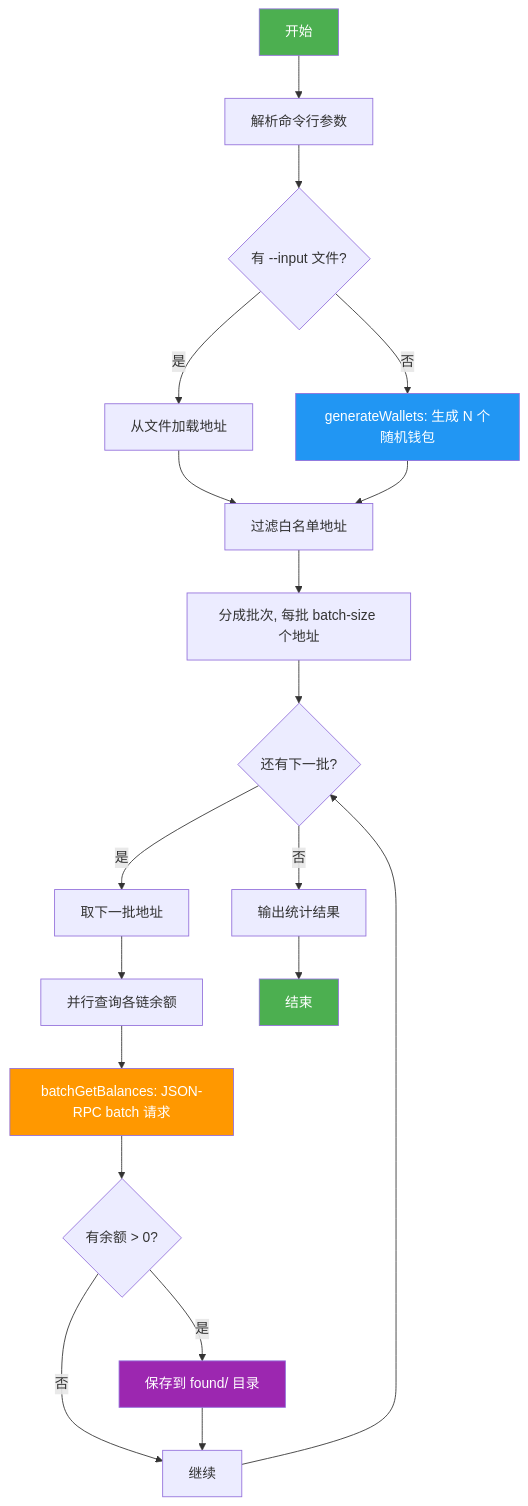
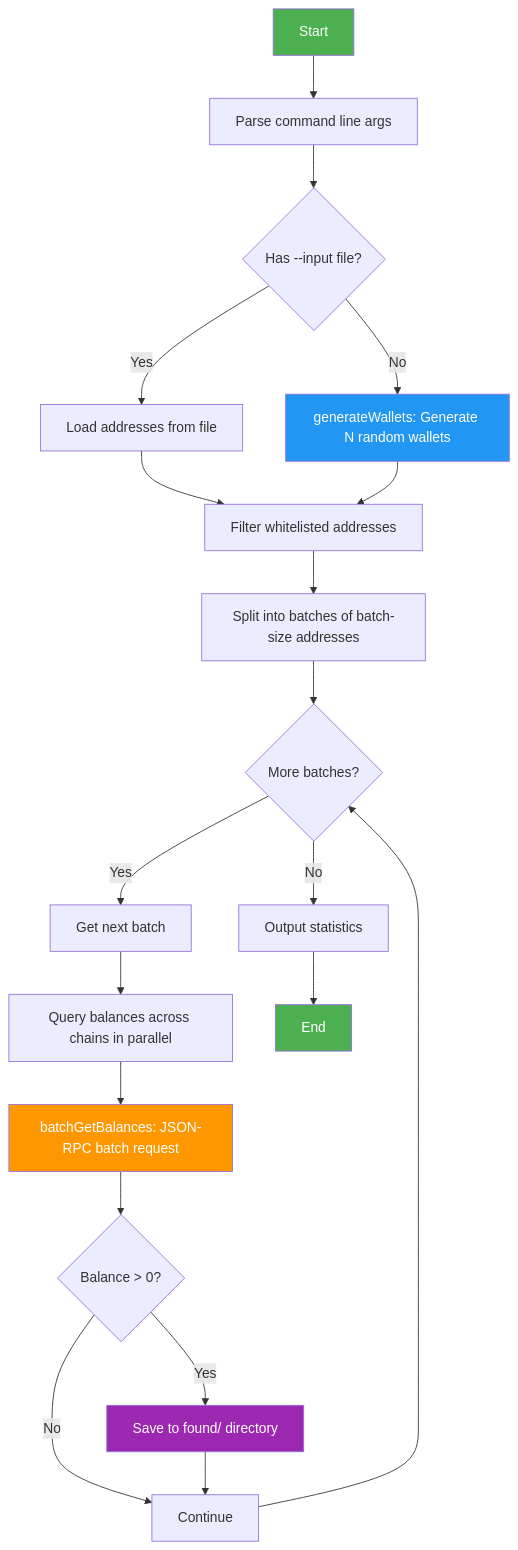
Before and after one commit to omegazhang3/eth-scanner: the diagram in README.md, drawn with Mermaid. The commit also changed other lines of this file and 1 other file, not shown here.

````diff
--- a/README.md
+++ b/README.md
@@ -7,27 +9,27 @@
 ```mermaid
 flowchart TD
-    A[开始] --> B[解析命令行参数]
-    B --> C{有 --input 文件?}
-    C -->|是| D[从文件加载地址]
-    C -->|否| E[generateWallets: 生成 N 个随机钱包]
-    D --> F[过滤白名单地址]
+    A[Start] --> B[Parse command line args]
+    B --> C{Has --input file?}
+    C -->|Yes| D[Load addresses from file]
+    C -->|No| E[generateWallets: Generate N random wallets]
+    D --> F[Filter whitelisted addresses]
     E --> F
-    F --> G[分成批次, 每批 batch-size 个地址]
-    G --> H{还有下一批?}
-    H -->|是| I[取下一批地址]
-    I --> J[并行查询各链余额]
-    J --> K[batchGetBalances: JSON-RPC batch 请求]
-    K --> L{有余额 > 0?}
-    L -->|是| M[保存到 found/ 目录]
-    L -->|否| N[继续]
+    F --> G[Split into batches of batch-size addresses]
+    G --> H{More batches?}
+    H -->|Yes| I[Get next batch]
+    I --> J[Query balances across chains in parallel]
+    J --> K[batchGetBalances: JSON-RPC batch request]
+    K --> L{Balance > 0?}
+    L -->|Yes| M[Save to found/ directory]
+    L -->|No| N[Continue]
     M --> N
     N --> H
-    H -->|否| O[输出统计结果]
-    O --> P[结束]
+    H -->|No| O[Output statistics]
+    O --> P[End]
 
     style A fill:#4CAF50,color:white
     style P fill:#4CAF50,color:white
     style E fill:#2196F3,color:white
     style K fill:#FF9800,color:white
     style M fill:#9C27B0,color:white
 ```
````
